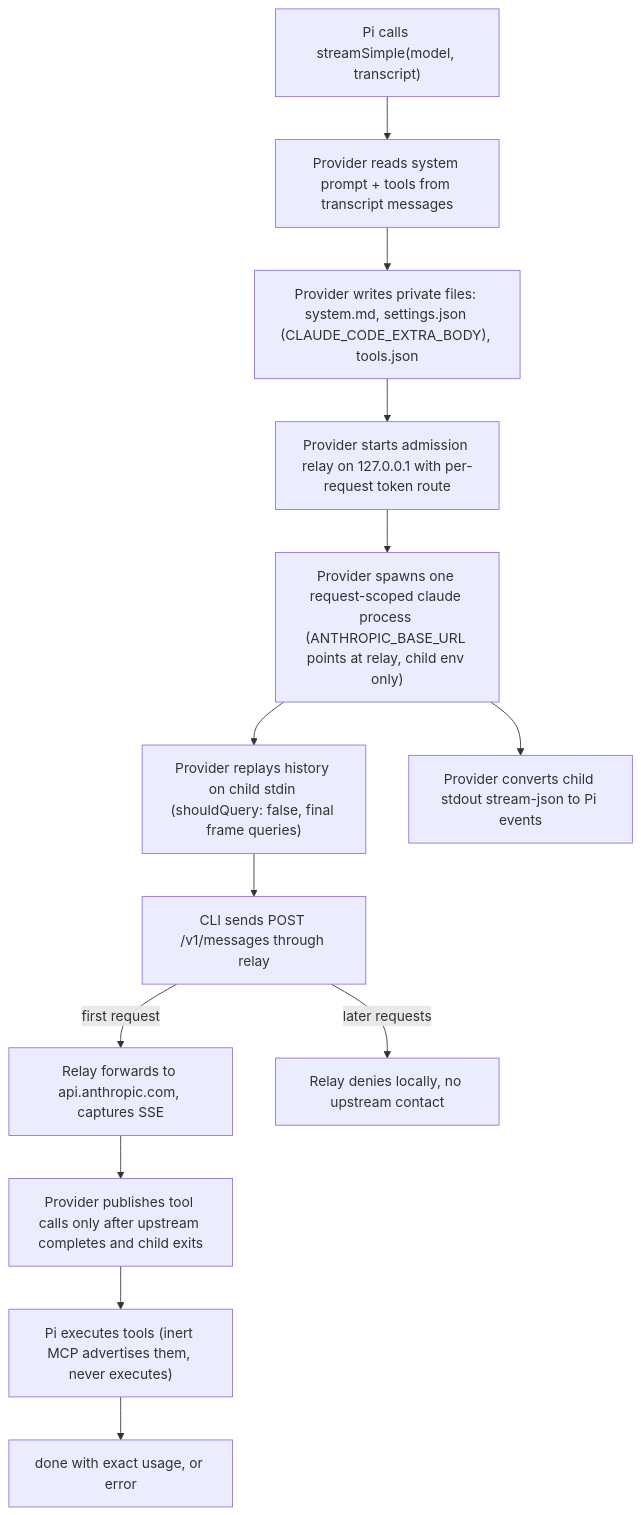
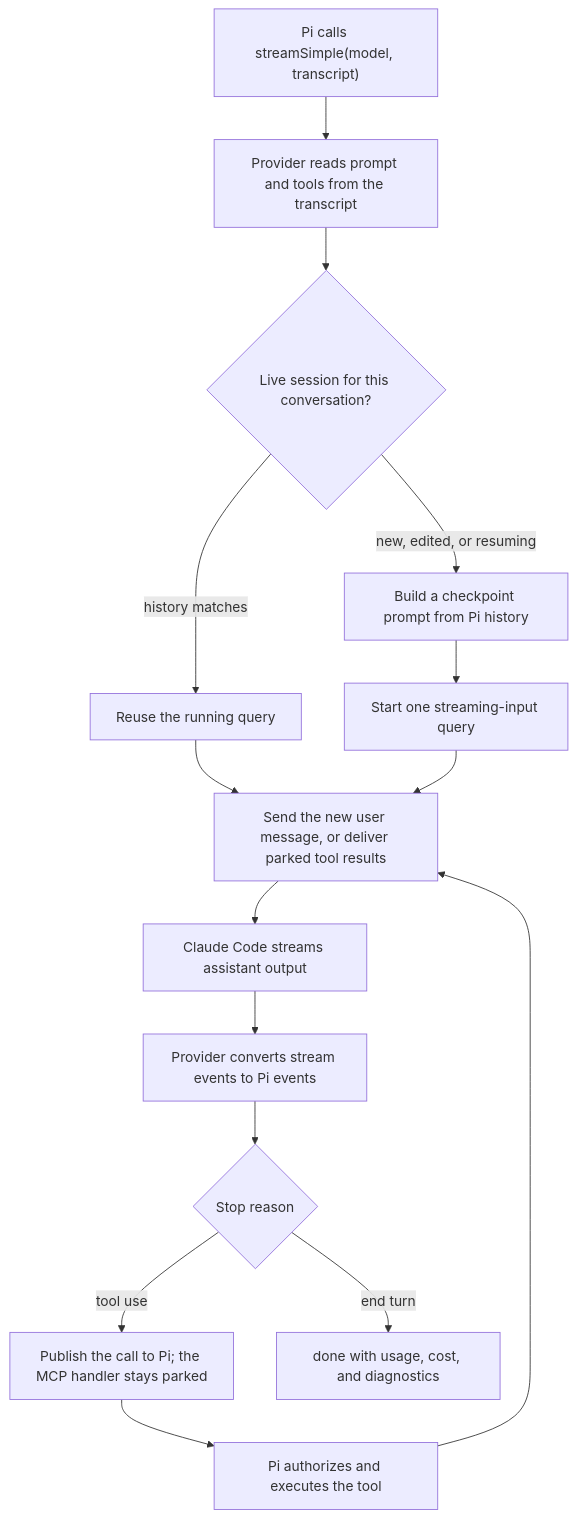
Before and after one commit to joaomj/pi-claude-directsdk: the diagram in docs/architecture.md, drawn with Mermaid. The commit also changed other lines of this file and 17 other files, not shown here.

````diff
--- a/docs/architecture.md
+++ b/docs/architecture.md
@@ -5,15 +5,17 @@
 ```mermaid
 flowchart TD
-    A["Pi calls streamSimple(model, transcript)"] --> B["Provider reads system prompt + tools from transcript messages"]
-    B --> C["Provider writes private files: system.md, settings.json (CLAUDE_CODE_EXTRA_BODY), tools.json"]
-    C --> D["Provider starts admission relay on 127.0.0.1 with per-request token route"]
-    D --> E["Provider spawns one request-scoped claude process (ANTHROPIC_BASE_URL points at relay, child env only)"]
-    E --> F["Provider replays history on child stdin (shouldQuery: false, final frame queries)"]
-    F --> G["CLI sends POST /v1/messages through relay"]
-    G -->|first request| H["Relay forwards to api.anthropic.com, captures SSE"]
-    G -->|later requests| I["Relay denies locally, no upstream contact"]
-    E --> J["Provider converts child stdout stream-json to Pi events"]
-    H --> K["Provider publishes tool calls only after upstream completes and child exits"]
-    K --> L["Pi executes tools (inert MCP advertises them, never executes)"]
-    L --> M["done with exact usage, or error"]
+    A["Pi calls streamSimple(model, transcript)"] --> B["Provider reads prompt and tools from the transcript"]
+    B --> C{"Live session for this conversation?"}
+    C -->|history matches| D["Reuse the running query"]
+    C -->|new, edited, or resuming| E["Build a checkpoint prompt from Pi history"]
+    E --> F["Start one streaming-input query"]
+    D --> G["Send the new user message, or deliver parked tool results"]
+    F --> G
+    G --> H["Claude Code streams assistant output"]
+    H --> I["Provider converts stream events to Pi events"]
+    I --> J{"Stop reason"}
+    J -->|tool use| K["Publish the call to Pi; the MCP handler stays parked"]
+    K --> L["Pi authorizes and executes the tool"]
+    L --> G
+    J -->|end turn| M["done with usage, cost, and diagnostics"]
 ```
````
